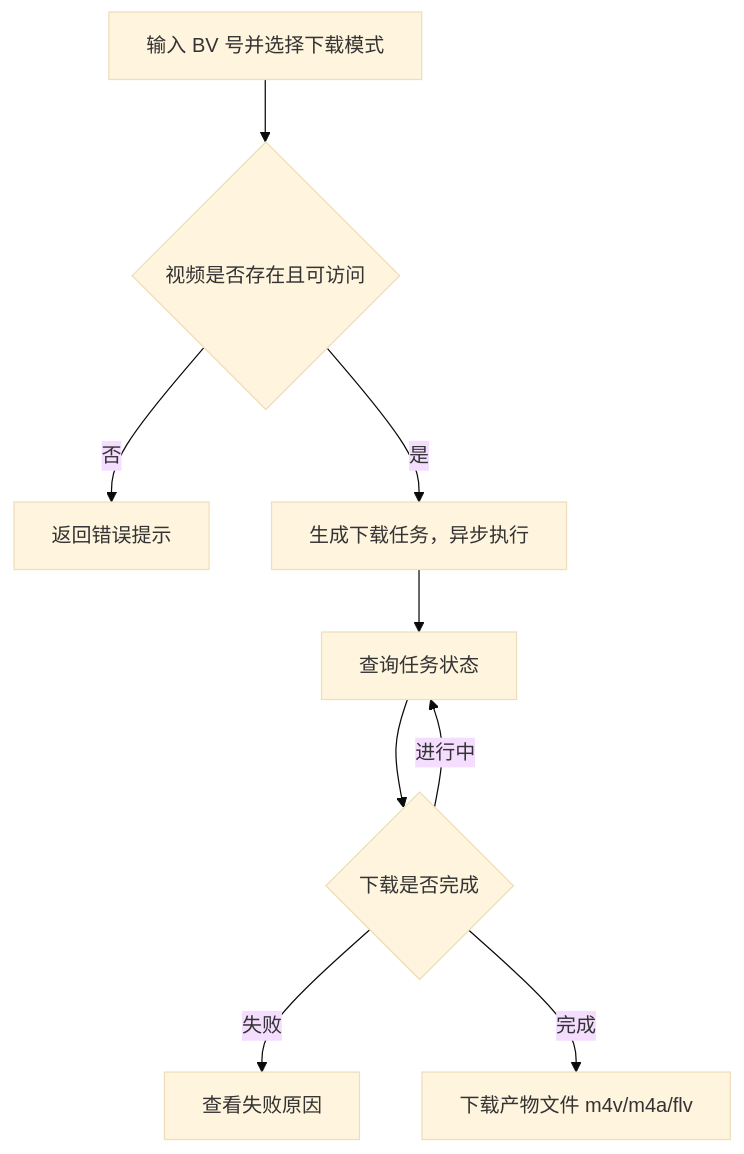
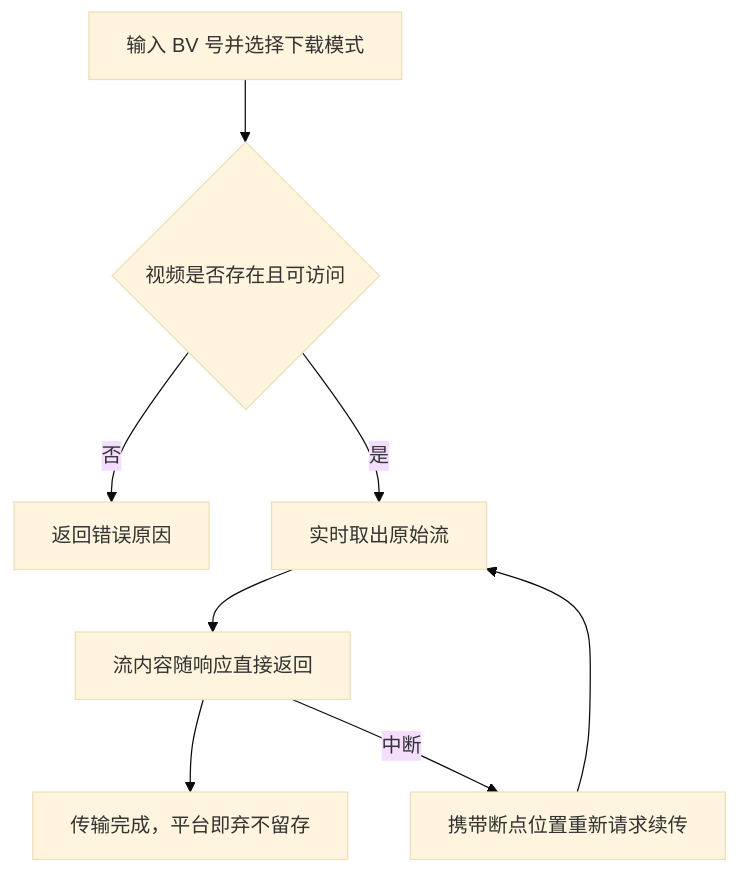
The diagram in docs/product/draft/20261008-bilibili-video-download-prd.md (Deliay/z-vtuber), drawn with Mermaid (base theme) before and after one commit. The commit also changed other lines of this file and 1 other file, not shown here.

````diff
--- a/docs/product/draft/20261008-bilibili-video-download-prd.md
+++ b/docs/product/draft/20261008-bilibili-video-download-prd.md
@@ -86,11 +88,10 @@
 ```mermaid
 flowchart TD
     A[输入 BV 号并选择下载模式] --> B{视频是否存在且可访问}
-    B -->|否| C[返回错误提示]
-    B -->|是| D[生成下载任务，异步执行]
-    D --> E[查询任务状态]
-    E --> F{下载是否完成}
-    F -->|进行中| E
-    F -->|失败| G[查看失败原因]
-    F -->|完成| H[下载产物文件 m4v/m4a/flv]
+    B -->|否| C[返回错误原因]
+    B -->|是| D[实时取出原始流]
+    D --> E[流内容随响应直接返回]
+    E --> F[传输完成，平台即弃不留存]
+    E -->|中断| G[携带断点位置重新请求续传]
+    G --> D
 ```
````
